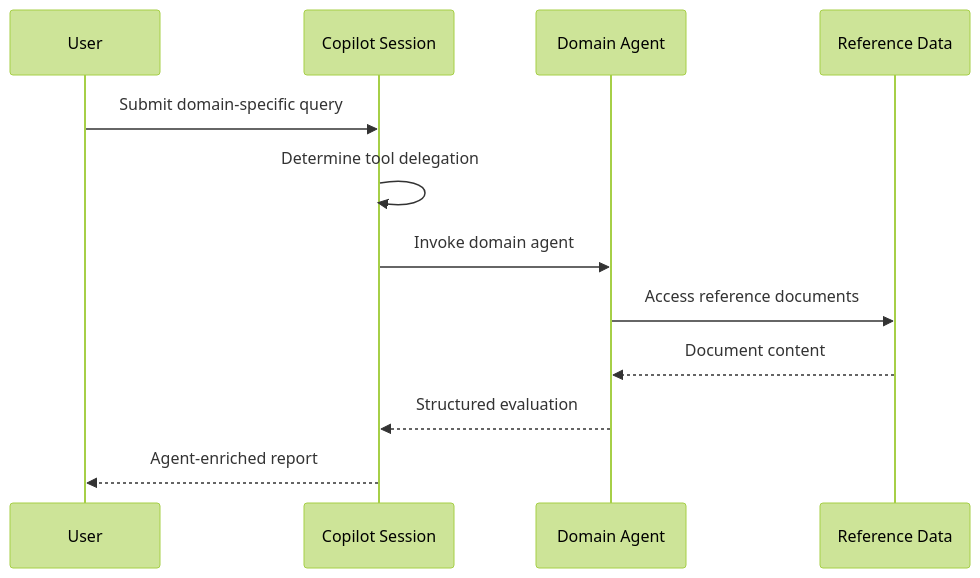
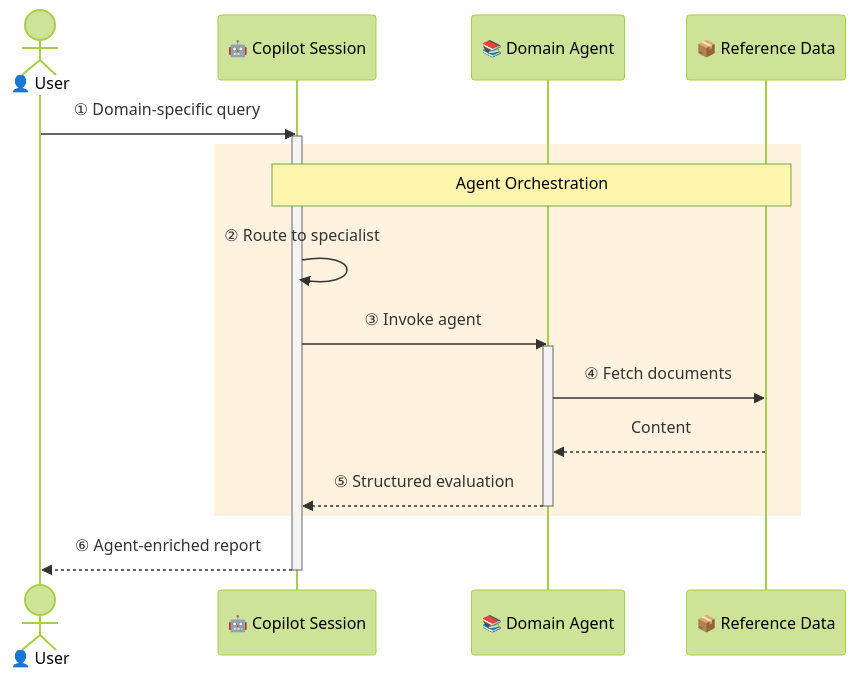
The third of 5 diagrams in docs/copilot_report_forge/architecture.md (ks6088ts/template-github-copilot), drawn with Mermaid (forest theme) before and after one commit. The commit also changed other lines of this file and 10 other files, not shown here.

````diff
--- a/docs/copilot_report_forge/architecture.md
+++ b/docs/copilot_report_forge/architecture.md
@@ -123,15 +136,24 @@
 ```mermaid
 sequenceDiagram
-    participant User
-    participant SDK as Copilot Session
-    participant Agent as Domain Agent
-    participant Data as Reference Data
+    actor User as 👤 User
+    participant SDK as 🤖 Copilot Session
+    participant Agent as 📚 Domain Agent
+    participant Data as 📦 Reference Data
 
-    User->>SDK: Submit domain-specific query
-    SDK->>SDK: Determine tool delegation
-    SDK->>Agent: Invoke domain agent
-    Agent->>Data: Access reference documents
-    Data-->>Agent: Document content
-    Agent-->>SDK: Structured evaluation
-    SDK-->>User: Agent-enriched report
+    User->>SDK: ① Domain-specific query
+    activate SDK
+
+    rect rgb(255, 243, 224)
+        note over SDK,Data: Agent Orchestration
+        SDK->>SDK: ② Route to specialist
+        SDK->>Agent: ③ Invoke agent
+        activate Agent
+        Agent->>Data: ④ Fetch documents
+        Data-->>Agent: Content
+        Agent-->>SDK: ⑤ Structured evaluation
+        deactivate Agent
+    end
+
+    SDK-->>User: ⑥ Agent-enriched report
+    deactivate SDK
 ```
````
